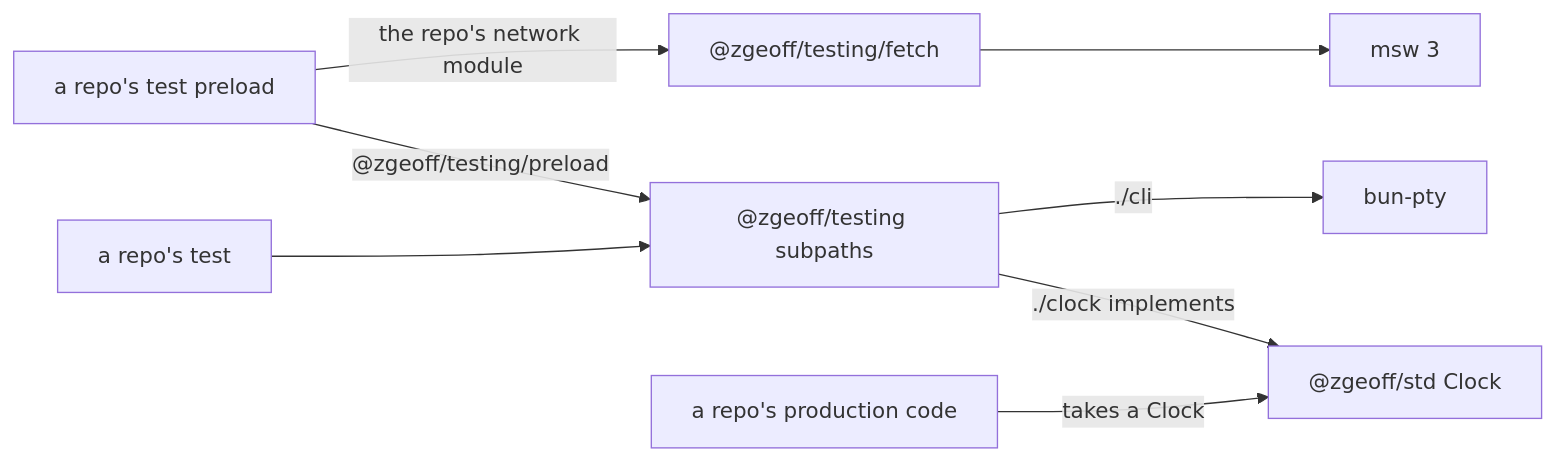
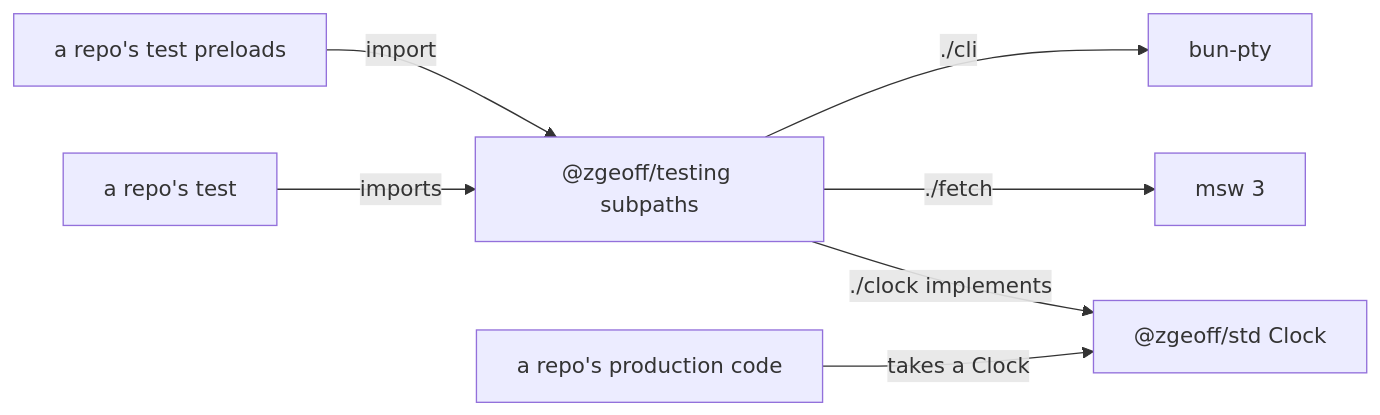
Before and after one commit to zgeoff/tools: the diagram in docs/design/testing-kit/README.md, drawn with Mermaid. The commit also changed other lines of this file and 8 other files, not shown here.

Commit message:
docs: answer the second cold read of the testing kit design

````diff
--- a/docs/design/testing-kit/README.md
+++ b/docs/design/testing-kit/README.md
@@ -20,10 +21,9 @@
 ```mermaid
 flowchart LR
-  test[a repo's test] --> kit["@zgeoff/testing subpaths"]
-  preload[a repo's test preload] -->|"@zgeoff/testing/preload"| kit
-  preload -->|"the repo's network module"| fetch["@zgeoff/testing/fetch"]
+  test[a repo's test] -->|"imports"| kit["@zgeoff/testing subpaths"]
+  preload[a repo's test preloads] -->|"import"| kit
   kit -->|"./clock implements"| std["@zgeoff/std Clock"]
   code[a repo's production code] -->|"takes a Clock"| std
-  fetch --> msw[msw 3]
+  kit -->|"./fetch"| msw[msw 3]
   kit -->|"./cli"| pty[bun-pty]
 ```
````
